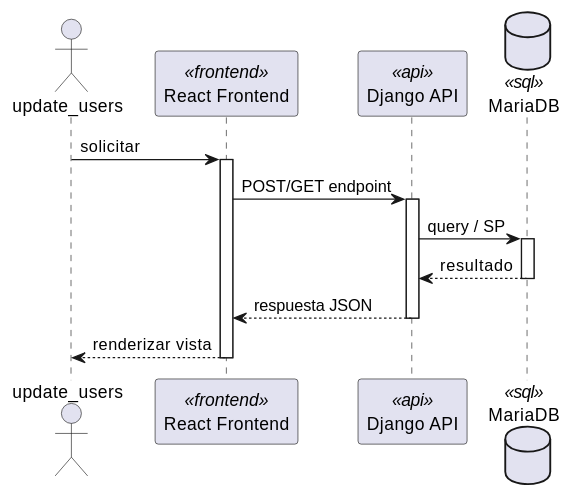
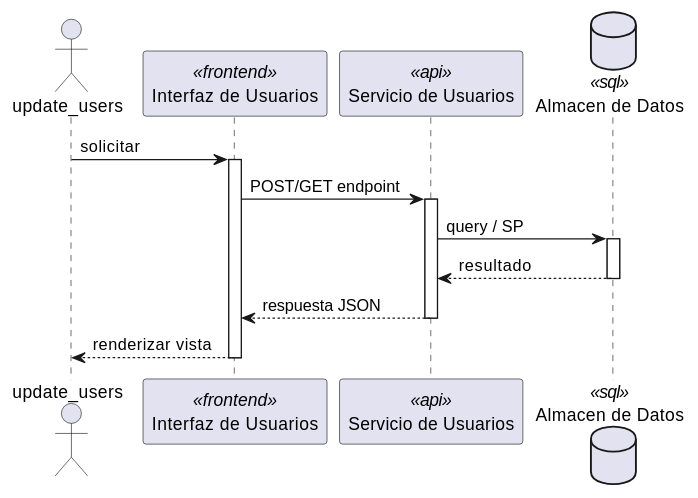
The first of 2 diagrams in source/arquitectura-tecnica/DesignView/usr-03.rst (jcg-admin/IACT-docs), drawn with PlantUML before and after one commit. The commit also changed other lines of this file and 243 other files, not shown here.

First line of the commit message:
Add missing diagrams and fix participant names across Kruchten views

```diff
--- a/source/arquitectura-tecnica/DesignView/usr-03.rst
+++ b/source/arquitectura-tecnica/DesignView/usr-03.rst
@@ -22,28 +22,28 @@
 .. uml::
  :caption: UC_USR_03 — Design View (secuencia)
 
  @startuml
 
  actor "update_users" as update_users
- participant "React Frontend" as Frontend <<frontend>>
- participant "Django API" as APIServer <<api>>
- database "MariaDB" as BaseDatos <<sql>>
+ participant "Interfaz de Usuarios" as Iface <<frontend>>
+ participant "Servicio de Usuarios" as SvcNode <<api>>
+ database "Almacen de Datos" as Store <<sql>>
 
- update_users -> Frontend : solicitar
- activate Frontend
+ update_users -> Iface : solicitar
+ activate Iface
 
- Frontend -> APIServer : POST/GET endpoint
- activate APIServer
+ Iface -> SvcNode : POST/GET endpoint
+ activate SvcNode
 
- APIServer -> BaseDatos : query / SP
- activate BaseDatos
- BaseDatos --> APIServer : resultado
- deactivate BaseDatos
+ SvcNode -> Store : query / SP
+ activate Store
+ Store --> SvcNode : resultado
+ deactivate Store
 
- APIServer --> Frontend : respuesta JSON
- deactivate APIServer
+ SvcNode --> Iface : respuesta JSON
+ deactivate SvcNode
 
- Frontend --> update_users : renderizar vista
- deactivate Frontend
+ Iface --> update_users : renderizar vista
+ deactivate Iface
 
  @enduml
```
